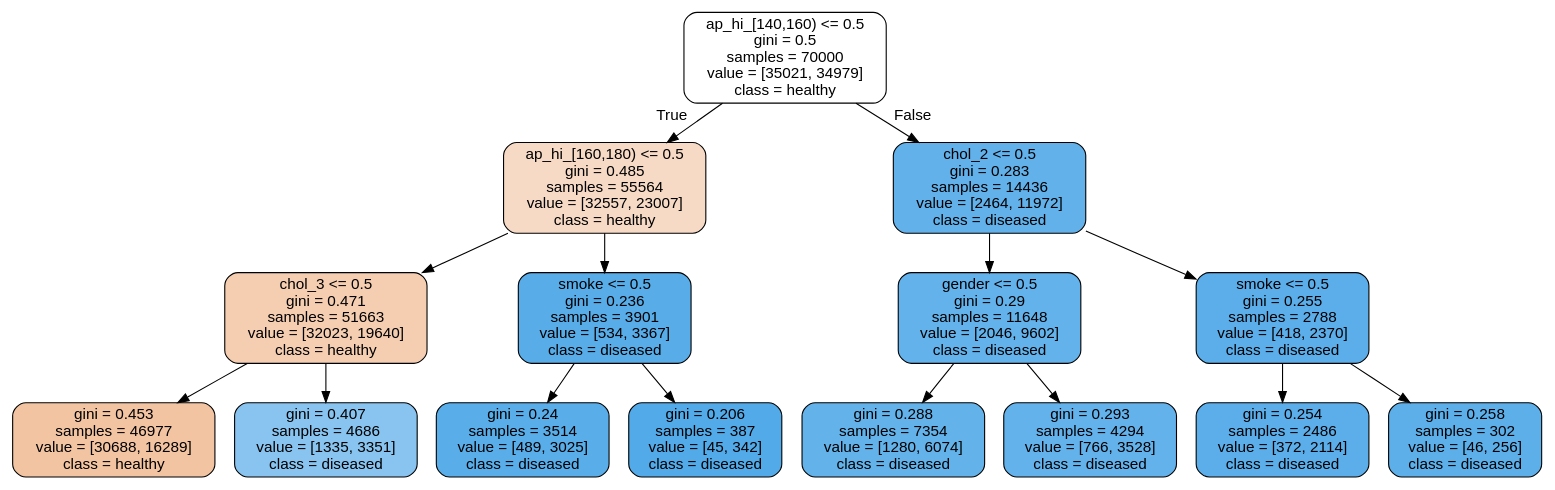
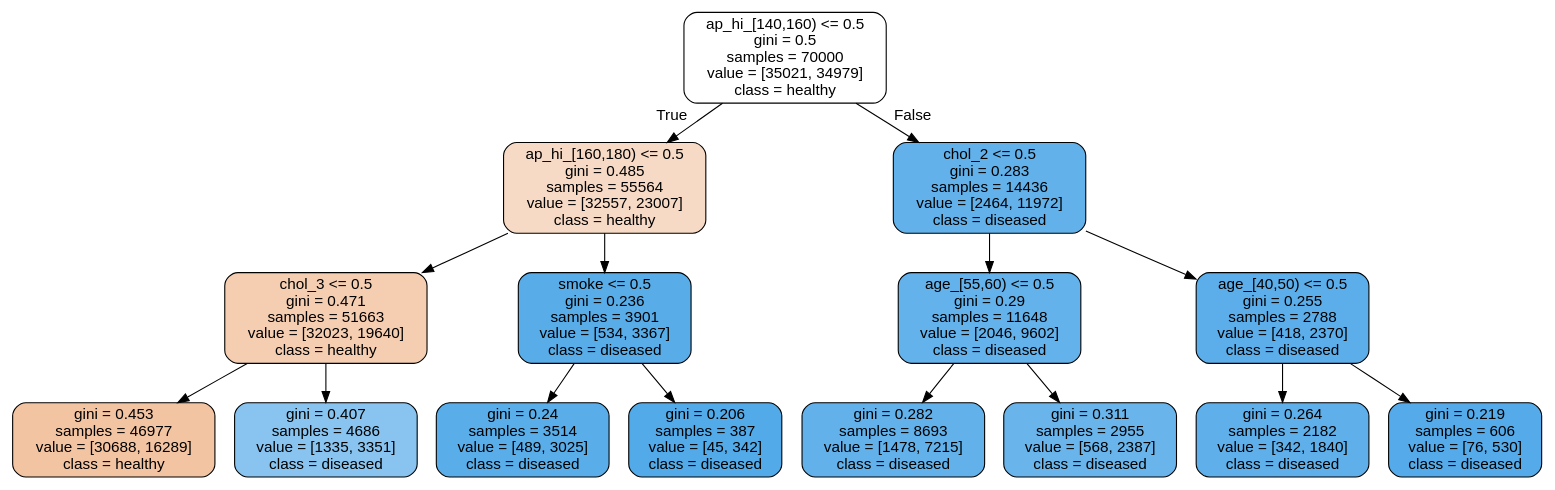
One commit to Kodluyoruz-Veri-Bilimi-Bootcamp/assignment2-classification-nbsas changed the diagram in tree2.dot. Above: the diagram before and after it, drawn with Graphviz. The commit also changed 2 other files, not shown here.

```diff
--- a/tree2.dot
+++ b/tree2.dot
@@ -1,33 +1,33 @@
 digraph Tree {
 node [shape=box, style="filled, rounded", color="black", fontname=helvetica] ;
 edge [fontname=helvetica] ;
 0 [label="ap_hi_[140,160) <= 0.5\ngini = 0.5\nsamples = 70000\nvalue = [35021, 34979]\nclass = healthy", fillcolor="#ffffff"] ;
 1 [label="ap_hi_[160,180) <= 0.5\ngini = 0.485\nsamples = 55564\nvalue = [32557, 23007]\nclass = healthy", fillcolor="#f7dac5"] ;
 0 -> 1 [labeldistance=2.5, labelangle=45, headlabel="True"] ;
 2 [label="chol_3 <= 0.5\ngini = 0.471\nsamples = 51663\nvalue = [32023, 19640]\nclass = healthy", fillcolor="#f5ceb2"] ;
 1 -> 2 ;
 3 [label="gini = 0.453\nsamples = 46977\nvalue = [30688, 16289]\nclass = healthy", fillcolor="#f3c4a2"] ;
 2 -> 3 ;
 4 [label="gini = 0.407\nsamples = 4686\nvalue = [1335, 3351]\nclass = diseased", fillcolor="#88c4ef"] ;
 2 -> 4 ;
 5 [label="smoke <= 0.5\ngini = 0.236\nsamples = 3901\nvalue = [534, 3367]\nclass = diseased", fillcolor="#58ade9"] ;
 1 -> 5 ;
 6 [label="gini = 0.24\nsamples = 3514\nvalue = [489, 3025]\nclass = diseased", fillcolor="#59ade9"] ;
 5 -> 6 ;
 7 [label="gini = 0.206\nsamples = 387\nvalue = [45, 342]\nclass = diseased", fillcolor="#53aae8"] ;
 5 -> 7 ;
 8 [label="chol_2 <= 0.5\ngini = 0.283\nsamples = 14436\nvalue = [2464, 11972]\nclass = diseased", fillcolor="#62b1ea"] ;
 0 -> 8 [labeldistance=2.5, labelangle=-45, headlabel="False"] ;
-9 [label="gender <= 0.5\ngini = 0.29\nsamples = 11648\nvalue = [2046, 9602]\nclass = diseased", fillcolor="#63b2eb"] ;
+9 [label="age_[55,60) <= 0.5\ngini = 0.29\nsamples = 11648\nvalue = [2046, 9602]\nclass = diseased", fillcolor="#63b2eb"] ;
 8 -> 9 ;
-10 [label="gini = 0.288\nsamples = 7354\nvalue = [1280, 6074]\nclass = diseased", fillcolor="#63b2ea"] ;
+10 [label="gini = 0.282\nsamples = 8693\nvalue = [1478, 7215]\nclass = diseased", fillcolor="#62b1ea"] ;
 9 -> 10 ;
-11 [label="gini = 0.293\nsamples = 4294\nvalue = [766, 3528]\nclass = diseased", fillcolor="#64b2eb"] ;
+11 [label="gini = 0.311\nsamples = 2955\nvalue = [568, 2387]\nclass = diseased", fillcolor="#68b4eb"] ;
 9 -> 11 ;
-12 [label="smoke <= 0.5\ngini = 0.255\nsamples = 2788\nvalue = [418, 2370]\nclass = diseased", fillcolor="#5caeea"] ;
+12 [label="age_[40,50) <= 0.5\ngini = 0.255\nsamples = 2788\nvalue = [418, 2370]\nclass = diseased", fillcolor="#5caeea"] ;
 8 -> 12 ;
-13 [label="gini = 0.254\nsamples = 2486\nvalue = [372, 2114]\nclass = diseased", fillcolor="#5caeea"] ;
+13 [label="gini = 0.264\nsamples = 2182\nvalue = [342, 1840]\nclass = diseased", fillcolor="#5eafea"] ;
 12 -> 13 ;
-14 [label="gini = 0.258\nsamples = 302\nvalue = [46, 256]\nclass = diseased", fillcolor="#5dafea"] ;
+14 [label="gini = 0.219\nsamples = 606\nvalue = [76, 530]\nclass = diseased", fillcolor="#55abe9"] ;
 12 -> 14 ;
 }
```
